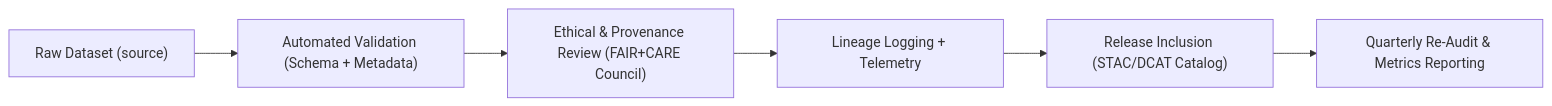
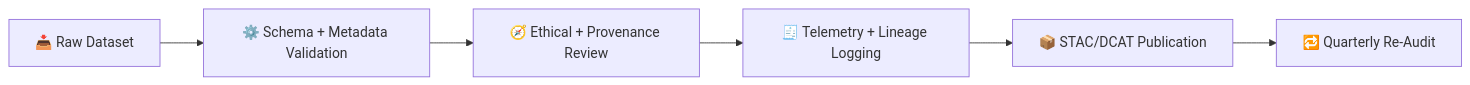
Before and after one commit to bartytime4life/Kansas-Frontier-Matrix: the diagram in docs/data/quality/README.md, drawn with Mermaid. The commit also changed other lines of this file, not shown here.

````diff
--- a/docs/data/quality/README.md
+++ b/docs/data/quality/README.md
@@ -183,8 +222,8 @@
-```mermaid
+~~~mermaid
 flowchart LR
-A["Raw Dataset (source)"] --> B["Automated Validation (Schema + Metadata)"]
-B --> C["Ethical & Provenance Review (FAIR+CARE Council)"]
-C --> D["Lineage Logging + Telemetry"]
-D --> E["Release Inclusion (STAC/DCAT Catalog)"]
-E --> F["Quarterly Re-Audit & Metrics Reporting"]
-```
+A["📥 Raw Dataset"] --> B["⚙️ Schema + Metadata Validation"]
+B --> C["🧭 Ethical + Provenance Review"]
+C --> D["🧾 Telemetry + Lineage Logging"]
+D --> E["📦 STAC/DCAT Publication"]
+E --> F["🔁 Quarterly Re-Audit"]
+~~~
````
